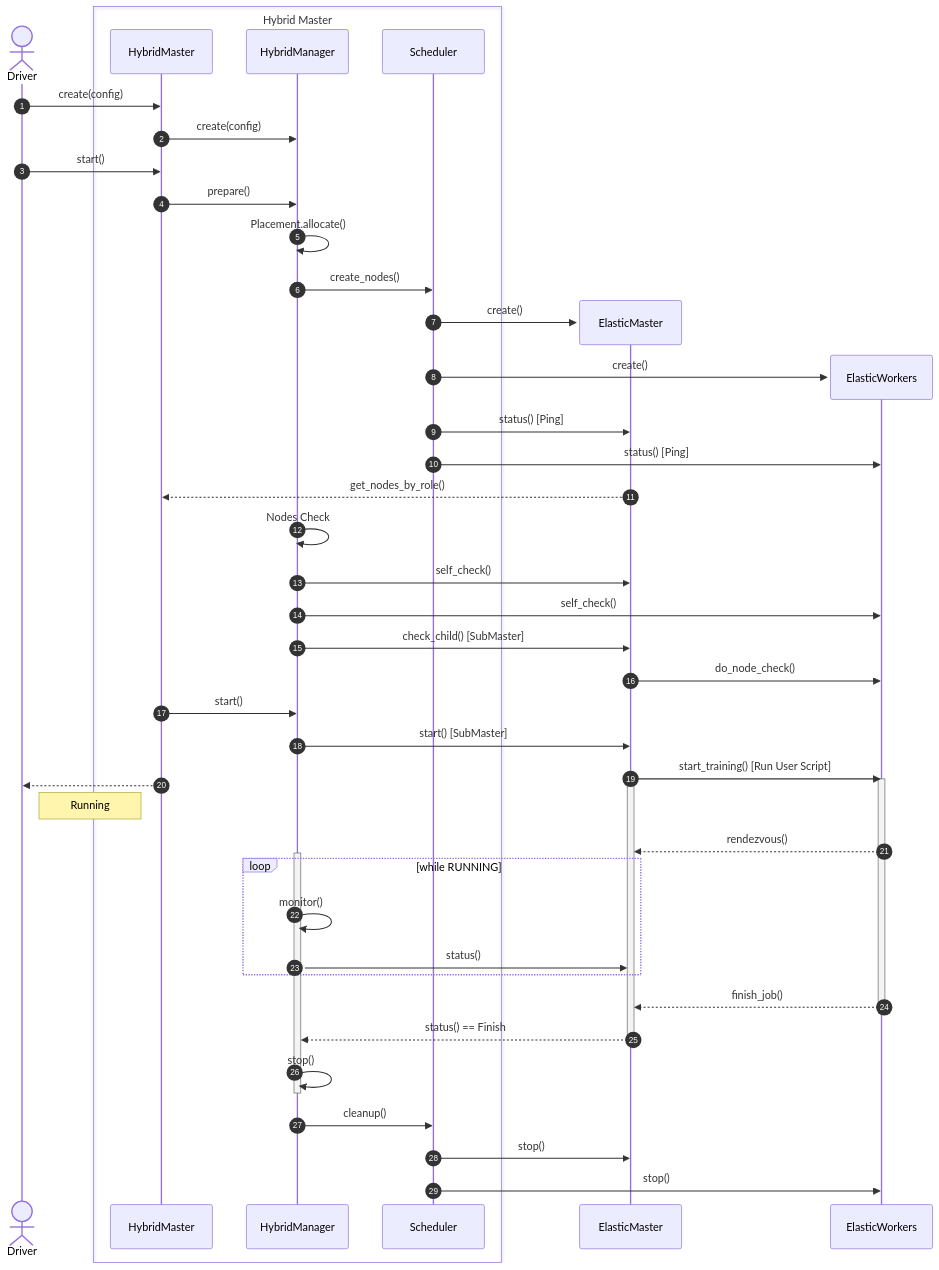
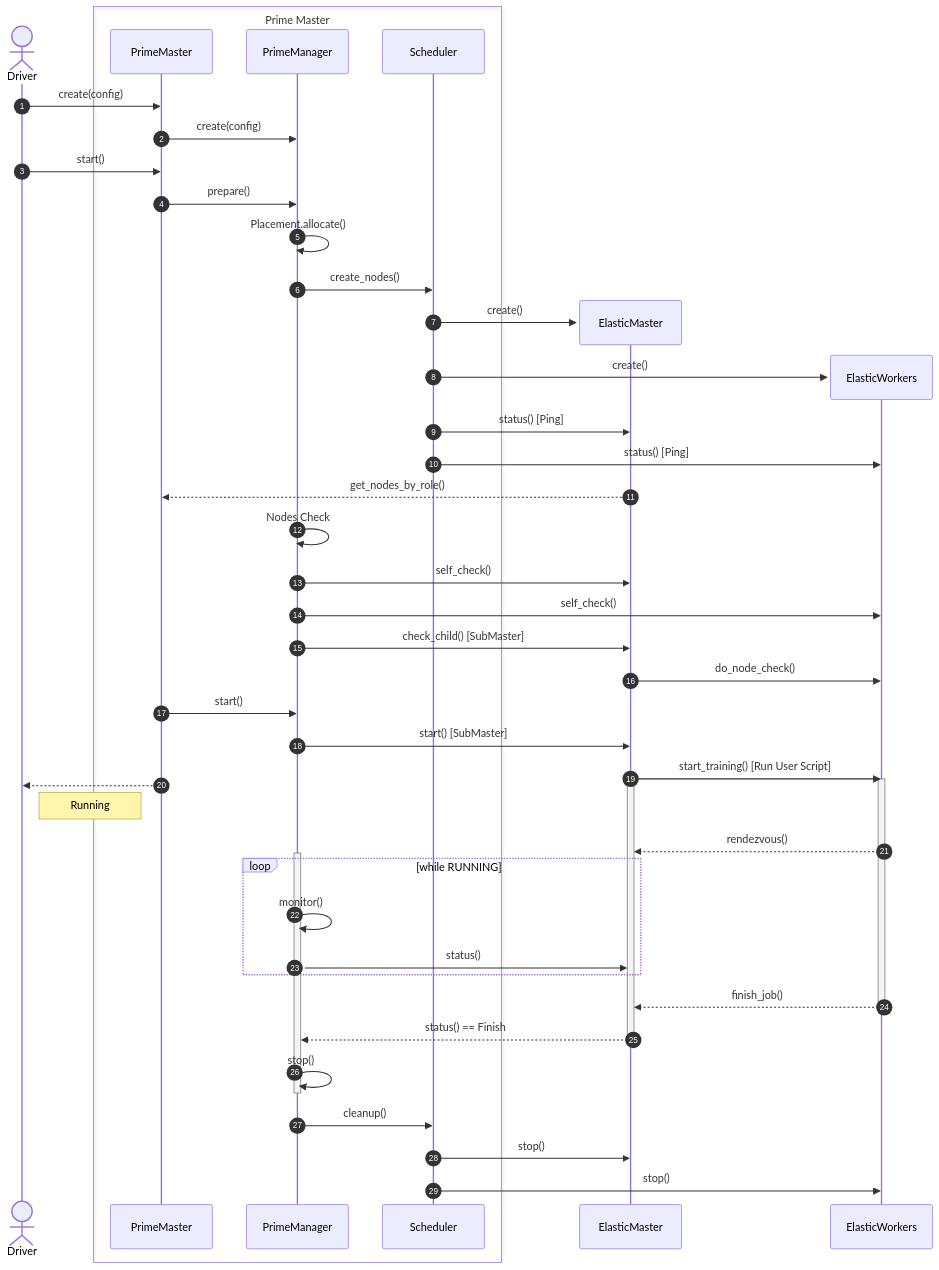
The second of 4 diagrams in docs/design/hybrid-overview.md (intelligent-machine-learning/dlrover), drawn with Mermaid before and after one commit. The commit also changed other lines of this file, not shown here.

````diff
--- a/docs/design/hybrid-overview.md
+++ b/docs/design/hybrid-overview.md
@@ -137,57 +143,57 @@
 ```mermaid
 sequenceDiagram
     autonumber
     actor Driver
-    box Hybrid Master
-        participant HybridMaster
-        participant HybridManager
+    box Prime Master
+        participant PrimeMaster
+        participant PrimeManager
         participant Scheduler
     end
 
-    Driver ->> HybridMaster : create(config)
-    HybridMaster ->> HybridManager : create(config)
-    Driver ->> HybridMaster : start()
-    HybridMaster ->> HybridManager : prepare()
-    HybridManager ->> HybridManager : Placement.allocate()
-    HybridManager ->> Scheduler : create_nodes()
+    Driver ->> PrimeMaster : create(config)
+    PrimeMaster ->> PrimeManager : create(config)
+    Driver ->> PrimeMaster : start()
+    PrimeMaster ->> PrimeManager : prepare()
+    PrimeManager ->> PrimeManager : Placement.allocate()
+    PrimeManager ->> Scheduler : create_nodes()
 
     create participant ElasticMaster
     Scheduler ->> ElasticMaster : create()
     create participant ElasticWorkers
     Scheduler ->> ElasticWorkers : create()
 
     Scheduler ->> ElasticMaster : status() [Ping]
     Scheduler ->> ElasticWorkers : status() [Ping]
-    ElasticMaster -->> HybridMaster : get_nodes_by_role()
-    HybridManager ->> HybridManager : Nodes Check
-    HybridManager ->> ElasticMaster : self_check()
-    HybridManager ->> ElasticWorkers : self_check()
-    HybridManager ->> ElasticMaster : check_child() [SubMaster]
+    ElasticMaster -->> PrimeMaster : get_nodes_by_role()
+    PrimeManager ->> PrimeManager : Nodes Check
+    PrimeManager ->> ElasticMaster : self_check()
+    PrimeManager ->> ElasticWorkers : self_check()
+    PrimeManager ->> ElasticMaster : check_child() [SubMaster]
     ElasticMaster ->> ElasticWorkers : do_node_check()
-    HybridMaster ->> HybridManager : start()
-    HybridManager ->> ElasticMaster : start() [SubMaster]
+    PrimeMaster ->> PrimeManager : start()
+    PrimeManager ->> ElasticMaster : start() [SubMaster]
     ElasticMaster ->> ElasticWorkers : start_training() [Run User Script]
 
     activate ElasticWorkers
     activate ElasticMaster
 
-    HybridMaster -->> Driver : 
+    PrimeMaster -->> Driver : 
     note right of Driver : Running
     ElasticWorkers -->> ElasticMaster : rendezvous()
 
-    activate HybridManager
+    activate PrimeManager
     loop while RUNNING
-        HybridManager ->> HybridManager : monitor()
-        HybridManager ->> ElasticMaster : status()
+        PrimeManager ->> PrimeManager : monitor()
+        PrimeManager ->> ElasticMaster : status()
     end
     ElasticWorkers -->> ElasticMaster : finish_job()
     deactivate ElasticWorkers
-    ElasticMaster -->> HybridManager : status() == Finish
+    ElasticMaster -->> PrimeManager : status() == Finish
     deactivate ElasticMaster
 
-    HybridManager ->> HybridManager : stop()
-    deactivate HybridManager
-    HybridManager ->> Scheduler : cleanup()
+    PrimeManager ->> PrimeManager : stop()
+    deactivate PrimeManager
+    PrimeManager ->> Scheduler : cleanup()
     Scheduler ->> ElasticMaster : stop()
     Scheduler ->> ElasticWorkers : stop()
 ```
````
